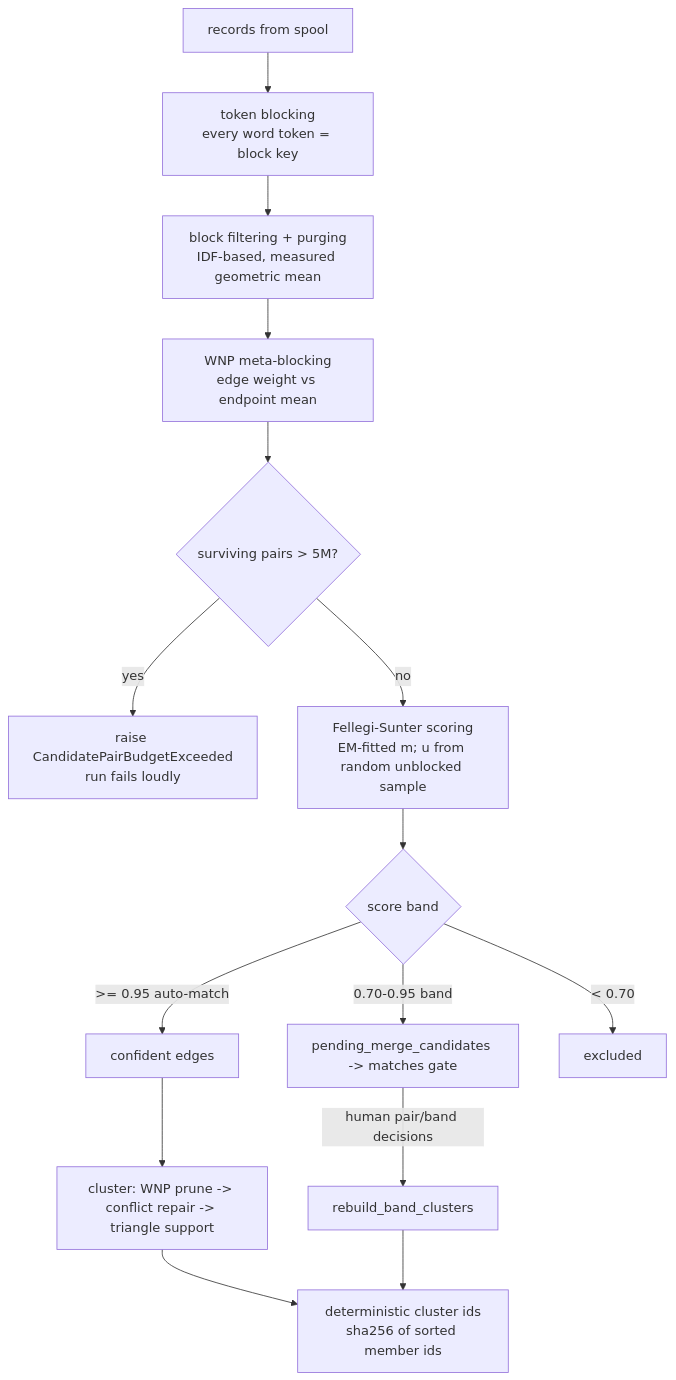
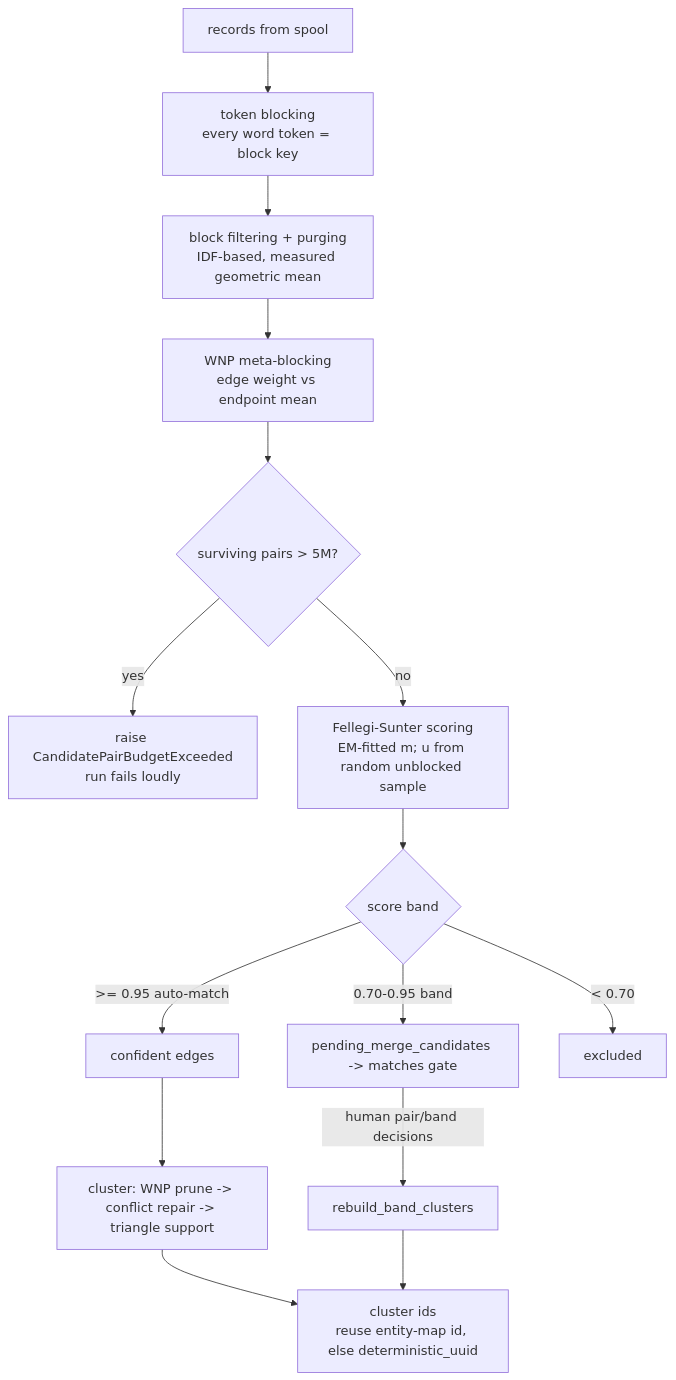
One commit to bayern4teams/merge-engine changed the third of 3 diagrams in TECHNICAL_IMPLEMENTATION.md. Above: the diagram before and after it, drawn with Mermaid. The commit also changed other lines of this file and 4 other files, not shown here.

````diff
--- a/TECHNICAL_IMPLEMENTATION.md
+++ b/TECHNICAL_IMPLEMENTATION.md
@@ -123,17 +123,17 @@
 ```mermaid
 flowchart TD
     A[records from spool] --> B[token blocking<br/>every word token = block key]
     B --> C[block filtering + purging<br/>IDF-based, measured geometric mean]
     C --> D[WNP meta-blocking<br/>edge weight vs endpoint mean]
     D --> E{surviving pairs > 5M?}
     E -->|yes| X[raise CandidatePairBudgetExceeded<br/>run fails loudly]
     E -->|no| F[Fellegi-Sunter scoring<br/>EM-fitted m; u from random unblocked sample]
     F --> G{score band}
     G -->|>= 0.95 auto-match| H[confident edges]
     G -->|0.70-0.95 band| I[pending_merge_candidates -> matches gate]
     G -->|< 0.70| J[excluded]
     H --> K[cluster: WNP prune -> conflict repair -> triangle support]
-    K --> L[deterministic cluster ids<br/>sha256 of sorted member ids]
+    K --> L[cluster ids<br/>reuse entity-map id, else deterministic_uuid]
     I -->|human pair/band decisions| M[rebuild_band_clusters]
     M --> L
 ```
````
